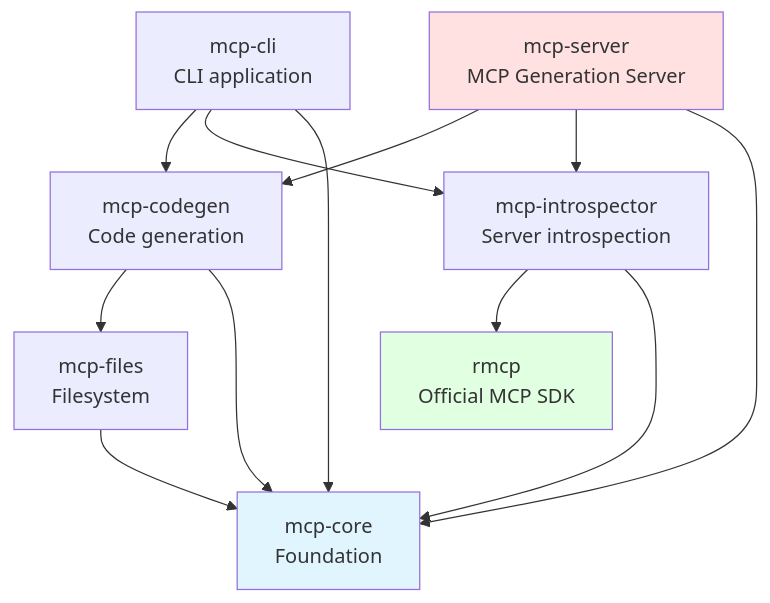
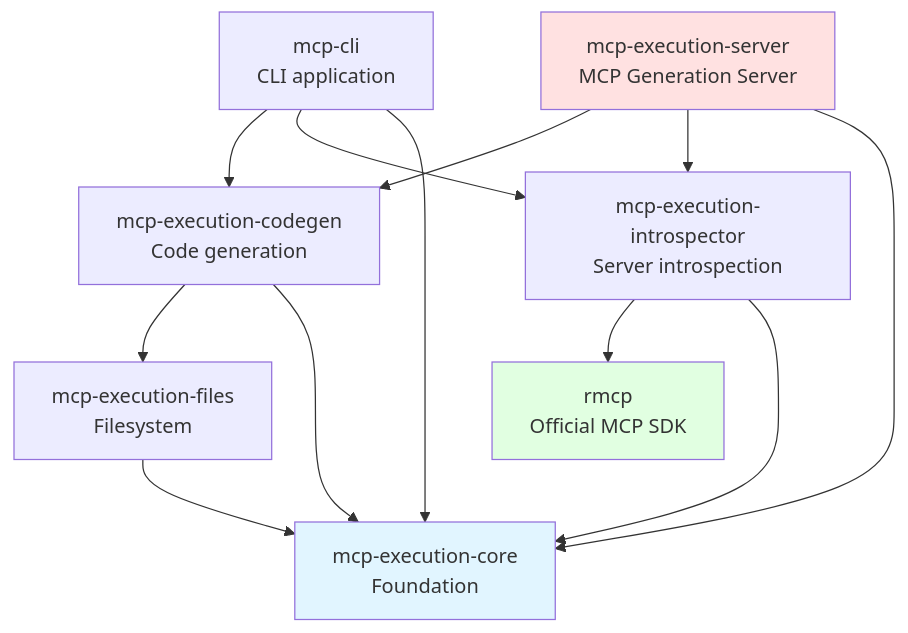
Before and after one commit to bug-ops/mcp-execution: the diagram in docs/ARCHITECTURE.md, drawn with Mermaid. The commit also changed other lines of this file and 81 other files, not shown here.

First line of the commit message:
feat: rename crates to mcp-execution-* for crates.io publishing (#41)

````diff
--- a/docs/ARCHITECTURE.md
+++ b/docs/ARCHITECTURE.md
@@ -77,22 +77,22 @@
 ```mermaid
 graph TD
-    CLI[mcp-cli<br/>CLI application] --> CODEGEN[mcp-codegen<br/>Code generation]
-    CLI --> INTRO[mcp-introspector<br/>Server introspection]
-    CLI --> CORE[mcp-core<br/>Foundation]
+    CLI[mcp-cli<br/>CLI application] --> CODEGEN[mcp-execution-codegen<br/>Code generation]
+    CLI --> INTRO[mcp-execution-introspector<br/>Server introspection]
+    CLI --> CORE[mcp-execution-core<br/>Foundation]
 
-    SERVER[mcp-server<br/>MCP Generation Server] --> CODEGEN
+    SERVER[mcp-execution-server<br/>MCP Generation Server] --> CODEGEN
     SERVER --> INTRO
     SERVER --> CORE
 
-    CODEGEN --> FILES[mcp-files<br/>Filesystem]
+    CODEGEN --> FILES[mcp-execution-files<br/>Filesystem]
     CODEGEN --> CORE
 
     INTRO --> RMCP[rmcp<br/>Official MCP SDK]
     INTRO --> CORE
 
     FILES --> CORE
 
     style CORE fill:#e1f5ff
     style RMCP fill:#e1ffe1
     style SERVER fill:#ffe1e1
 ```
````
